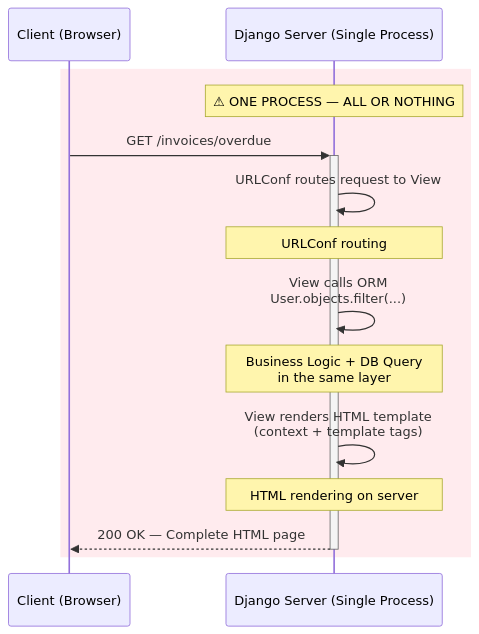
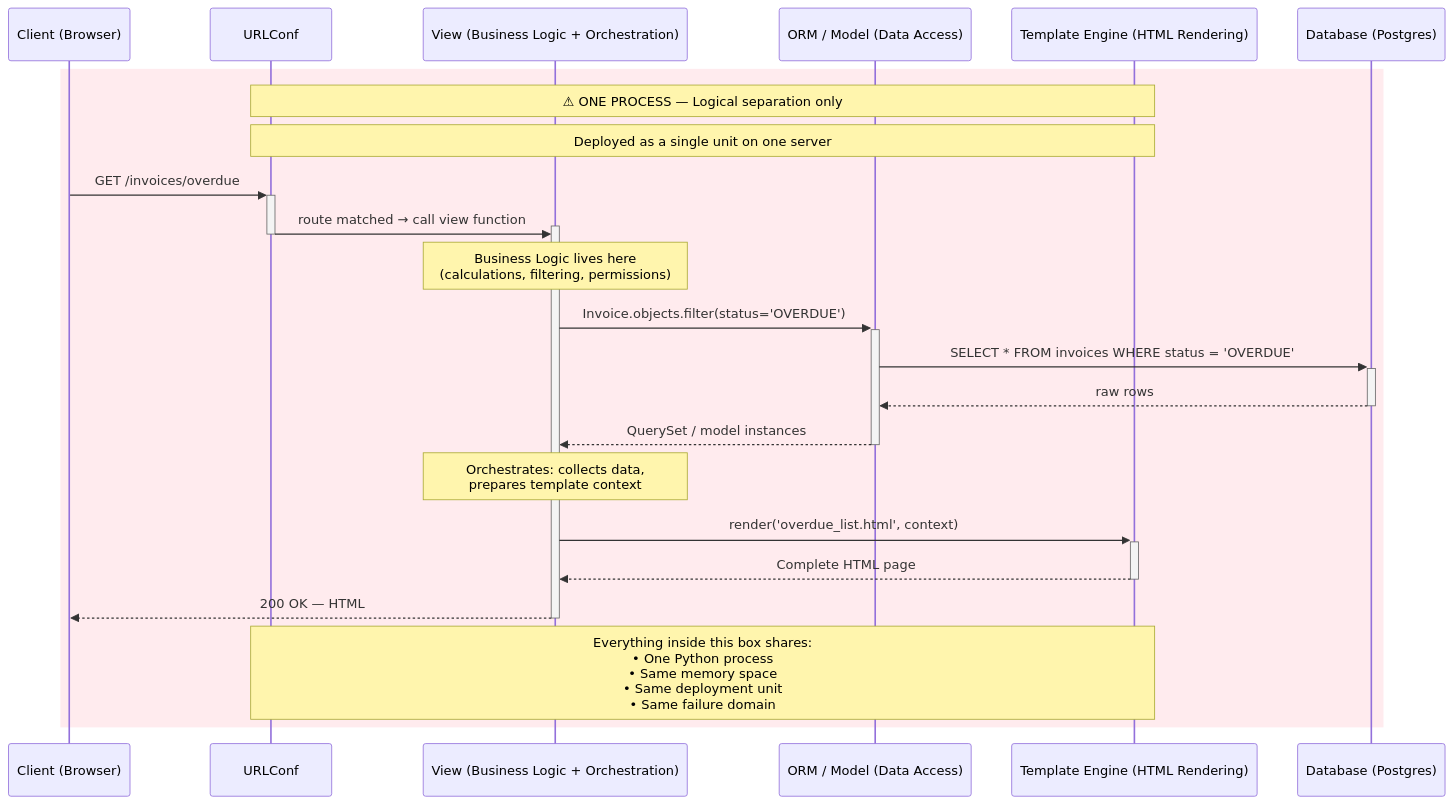
One commit to adipppp/sira-diagram changed the first of 2 diagrams in architecture-comparison.md. Above: the diagram before and after it, drawn with Mermaid. The commit also changed other lines of this file, not shown here.

Commit message:
refactor architecture comparison diagrams for clarity and detail

````diff
--- a/architecture-comparison.md
+++ b/architecture-comparison.md
@@ -8,22 +8,38 @@
 ```mermaid
 sequenceDiagram
     participant Client as Client (Browser)
-    participant Django as Django Server (Single Process)
+    participant URLConf as URLConf
+    participant View as View (Business Logic + Orchestration)
+    participant ORM as ORM / Model (Data Access)
+    participant Template as Template Engine (HTML Rendering)
+    participant DB as Database (Postgres)
 
     rect rgb(255, 235, 238)
-        Note over Django: ⚠ ONE PROCESS — ALL OR NOTHING
+        Note over URLConf,Template: ⚠ ONE PROCESS — Logical separation only
+        Note over URLConf,Template: Deployed as a single unit on one server
 
-        Client->>+Django: GET /invoices/overdue
+        Client->>+URLConf: GET /invoices/overdue
 
-        Django->>Django: URLConf routes request to View
-        Note over Django: URLConf routing
+        URLConf->>+View: route matched → call view function
+        deactivate URLConf
 
-        Django->>Django: View calls ORM<br>User.objects.filter(...)
-        Note over Django: Business Logic + DB Query<br>in the same layer
+        Note over View: Business Logic lives here<br>(calculations, filtering, permissions)
 
-        Django->>Django: View renders HTML template<br>(context + template tags)
-        Note over Django: HTML rendering on server
+        View->>+ORM: Invoice.objects.filter(status='OVERDUE')
 
-        Django-->>-Client: 200 OK — Complete HTML page
+        ORM->>+DB: SELECT * FROM invoices WHERE status = 'OVERDUE'
+        DB-->>-ORM: raw rows
+
+        ORM-->>-View: QuerySet / model instances
+
+        Note over View: Orchestrates: collects data,<br>prepares template context
+
+        View->>+Template: render('overdue_list.html', context)
+
+        Template-->>-View: Complete HTML page
+
+        View-->>-Client: 200 OK — HTML
+
+        Note over URLConf,Template: Everything inside this box shares:<br>• One Python process<br>• Same memory space<br>• Same deployment unit<br>• Same failure domain
     end
 ```
````
